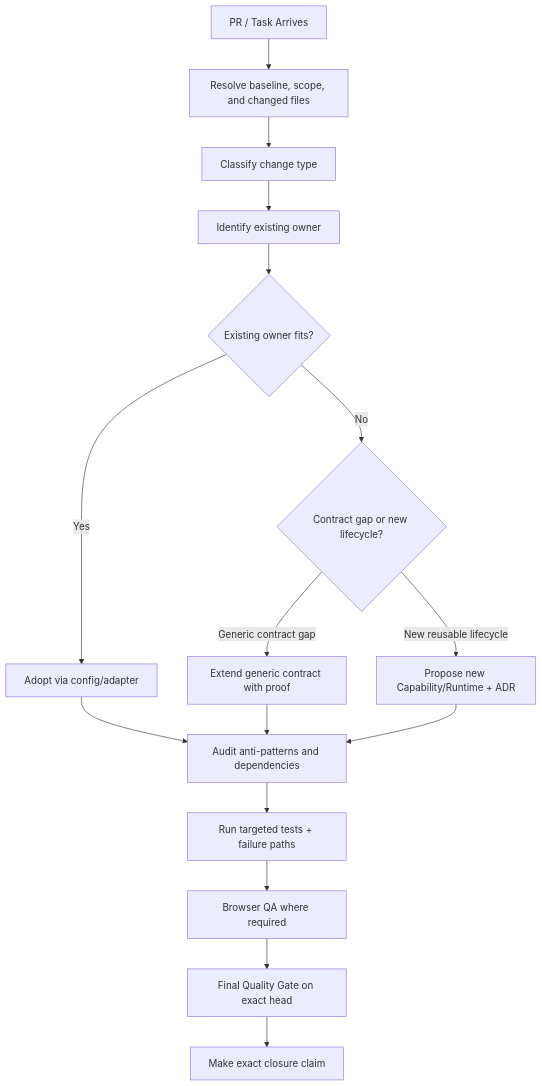
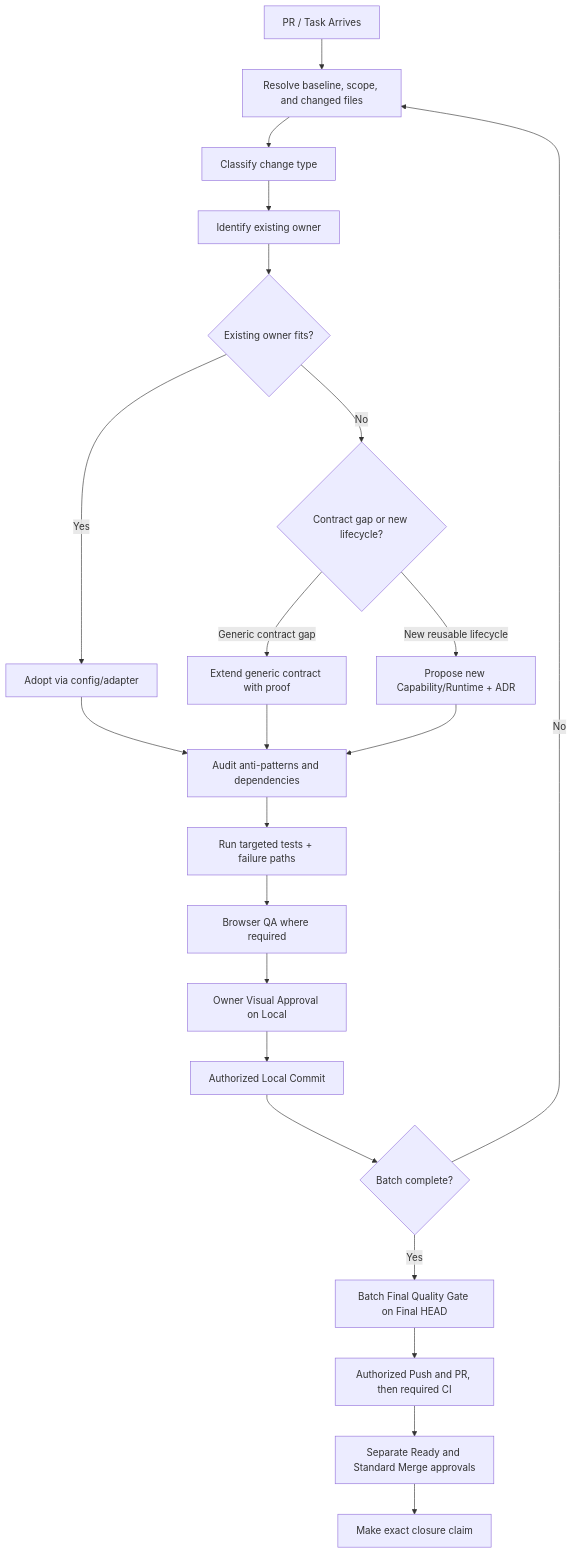
The seventh of 7 diagrams in AI_ARCHITECTURE_PRINCIPLES.md (ahmedredasadan100/venesia-website), drawn with Mermaid before and after one commit. The commit also changed other lines of this file and 4 other files, not shown here.

Commit message:
docs: separate local development and batch release verification

````diff
--- a/AI_ARCHITECTURE_PRINCIPLES.md
+++ b/AI_ARCHITECTURE_PRINCIPLES.md
@@ -4595,27 +4638,34 @@
 ```mermaid
 flowchart TD
     Start[PR / Task Arrives]
     Scope[Resolve baseline, scope, and changed files]
     Classify[Classify change type]
     Owner[Identify existing owner]
     Decision{Existing owner fits?}
     Adopt[Adopt via config/adapter]
     Gap{Contract gap or new lifecycle?}
     Extend[Extend generic contract with proof]
     ADR[Propose new Capability/Runtime + ADR]
     Audit[Audit anti-patterns and dependencies]
     Test[Run targeted tests + failure paths]
     Browser[Browser QA where required]
-    Gate[Final Quality Gate on exact head]
+    LocalReview[Owner Visual Approval on Local]
+    Commit[Authorized Local Commit]
+    Batch{Batch complete?}
+    Gate[Batch Final Quality Gate on Final HEAD]
+    CI[Authorized Push and PR, then required CI]
+    Delivery[Separate Ready and Standard Merge approvals]
     Claim[Make exact closure claim]
 
     Start --> Scope --> Classify --> Owner --> Decision
     Decision -- Yes --> Adopt
     Decision -- No --> Gap
     Gap -- Generic contract gap --> Extend
     Gap -- New reusable lifecycle --> ADR
     Adopt --> Audit
     Extend --> Audit
     ADR --> Audit
-    Audit --> Test --> Browser --> Gate --> Claim
+    Audit --> Test --> Browser --> LocalReview --> Commit --> Batch
+    Batch -- No --> Scope
+    Batch -- Yes --> Gate --> CI --> Delivery --> Claim
 ```
````
